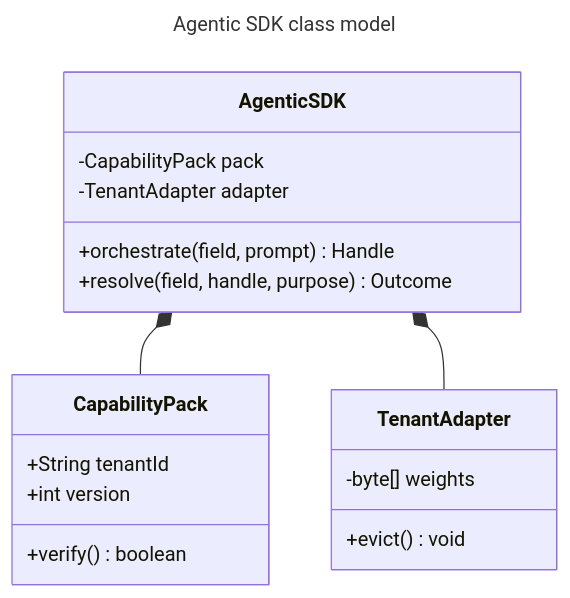
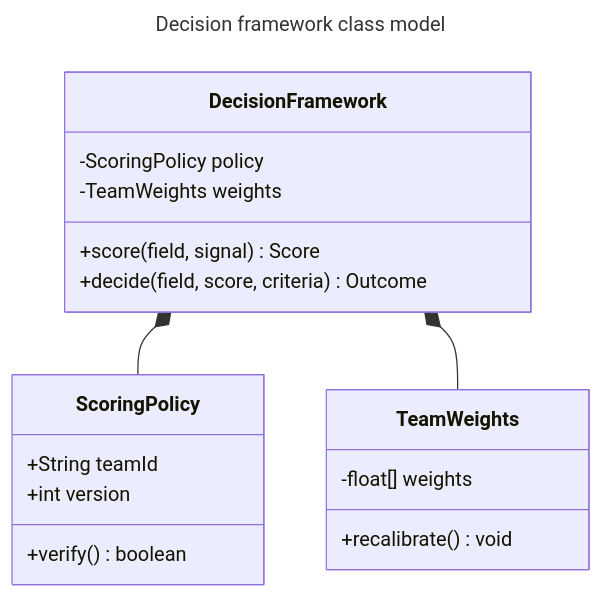
The third of 25 diagrams in lib/components/diagram/diagram/diagram.gallery.md (SlideWright/lattice), drawn with Mermaid before and after one commit. The commit also changed other lines of this file and 81 other files, not shown here.

````diff
--- a/lib/components/diagram/diagram/diagram.gallery.md
+++ b/lib/components/diagram/diagram/diagram.gallery.md
@@ -108,23 +108,23 @@
 ```mermaid
 ---
-title: Agentic SDK class model
+title: Decision framework class model
 ---
 classDiagram
-  class AgenticSDK {
-    -CapabilityPack pack
-    -TenantAdapter adapter
-    +orchestrate(field, prompt) Handle
-    +resolve(field, handle, purpose) Outcome
+  class DecisionFramework {
+    -ScoringPolicy policy
+    -TeamWeights weights
+    +score(field, signal) Score
+    +decide(field, score, criteria) Outcome
   }
-  class CapabilityPack {
-    +String tenantId
+  class ScoringPolicy {
+    +String teamId
     +int version
     +verify() boolean
   }
-  class TenantAdapter {
-    -byte[] weights
-    +evict() void
+  class TeamWeights {
+    -float[] weights
+    +recalibrate() void
   }
-  AgenticSDK *-- CapabilityPack
-  AgenticSDK *-- TenantAdapter
+  DecisionFramework *-- ScoringPolicy
+  DecisionFramework *-- TeamWeights
 ```
````
